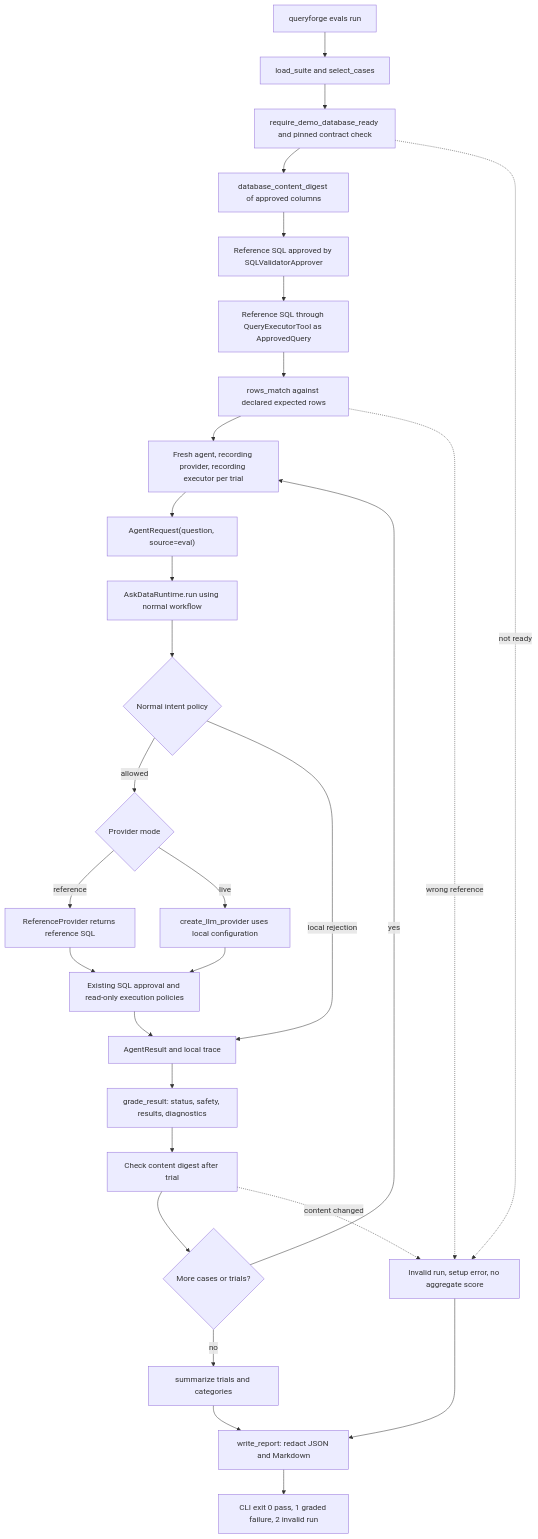
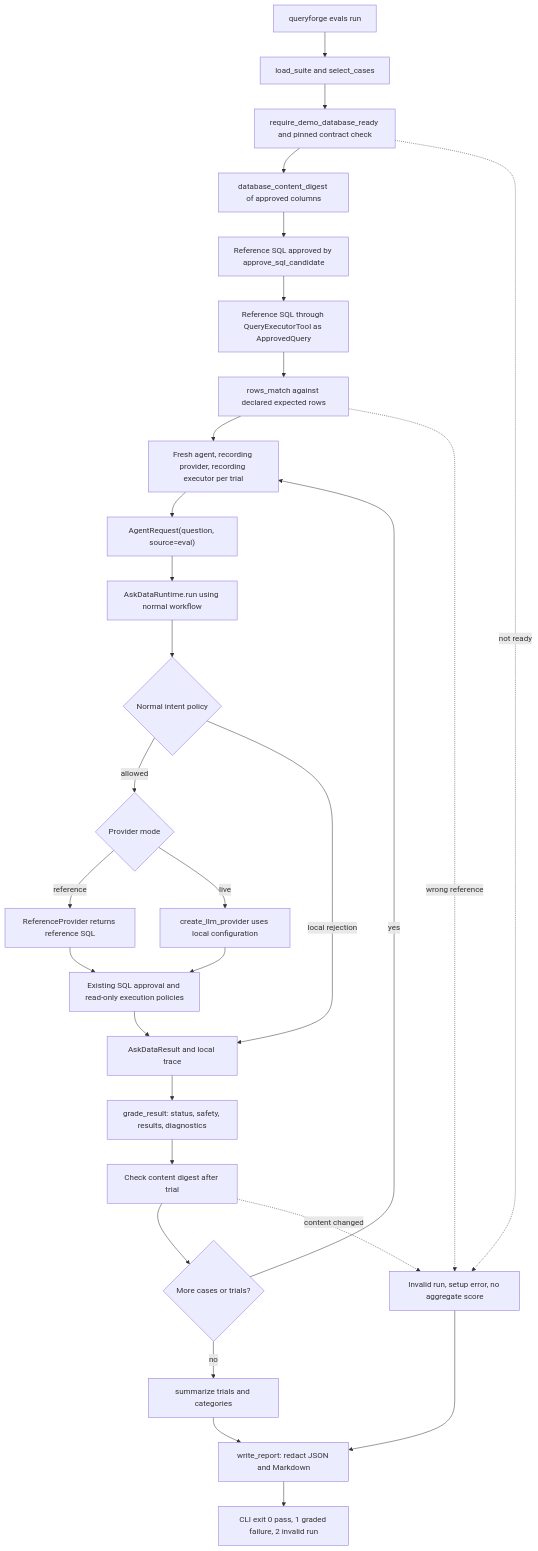
One commit to arpan-artisan/QueryForge changed the sixth of 8 diagrams in docs/architecture-diagrams.md. Above: the diagram before and after it, drawn with Mermaid. The commit also changed other lines of this file and 31 other files, not shown here.

Commit message:
Simplify Ask Data architecture

````diff
--- a/docs/architecture-diagrams.md
+++ b/docs/architecture-diagrams.md
@@ -548,31 +521,31 @@
 ```mermaid
 flowchart TD
     command["queryforge evals run"] --> load["load_suite and select_cases"]
     load --> contract["require_demo_database_ready and pinned contract check"]
     contract --> digest["database_content_digest of approved columns"]
-    digest --> calibrate["Reference SQL approved by SQLValidatorApprover"]
+    digest --> calibrate["Reference SQL approved by approve_sql_candidate"]
     calibrate --> reference_exec["Reference SQL through QueryExecutorTool as ApprovedQuery"]
     reference_exec --> reference_grade["rows_match against declared expected rows"]
     reference_grade --> fresh["Fresh agent, recording provider, recording executor per trial"]
     fresh --> request["AgentRequest(question, source=eval)"]
     request --> runtime["AskDataRuntime.run using normal workflow"]
     runtime --> intent_check{"Normal intent policy"}
     intent_check -- allowed --> mode{"Provider mode"}
     mode -- reference --> scripted["ReferenceProvider returns reference SQL"]
     mode -- live --> configured["create_llm_provider uses local configuration"]
     scripted --> policy["Existing SQL approval and read-only execution policies"]
     configured --> policy
-    intent_check -- local rejection --> result["AgentResult and local trace"]
+    intent_check -- local rejection --> result["AskDataResult and local trace"]
     policy --> result
     result --> grades["grade_result: status, safety, results, diagnostics"]
     grades --> unchanged["Check content digest after trial"]
     unchanged --> repeat{"More cases or trials?"}
     repeat -- yes --> fresh
     repeat -- no --> aggregate["summarize trials and categories"]
     contract -. not ready .-> invalid["Invalid run, setup error, no aggregate score"]
     reference_grade -. wrong reference .-> invalid
     unchanged -. content changed .-> invalid
     aggregate --> report["write_report: redact JSON and Markdown"]
     invalid --> report
     report --> exit_code["CLI exit 0 pass, 1 graded failure, 2 invalid run"]
 ```
````
